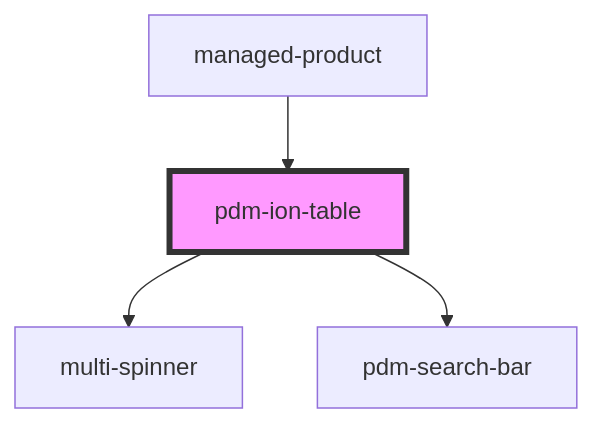
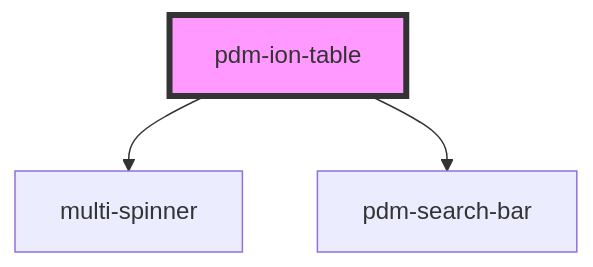
One commit to PharmaLedger-IMI/fgt-workspace changed the diagram in pdm-web-components/src/components/pdm-ion-table/readme.md. Above: the diagram before and after it, drawn with Mermaid. The commit also changed other lines of this file and 4 other files, not shown here.

````diff
--- a/pdm-web-components/src/components/pdm-ion-table/readme.md
+++ b/pdm-web-components/src/components/pdm-ion-table/readme.md
@@ -63,7 +59,6 @@
 ```mermaid
 graph TD;
   pdm-ion-table --> multi-spinner
   pdm-ion-table --> pdm-search-bar
-  managed-product --> pdm-ion-table
   style pdm-ion-table fill:#f9f,stroke:#333,stroke-width:4px
 ```
````
